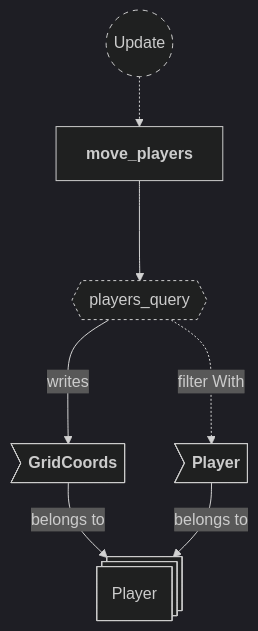
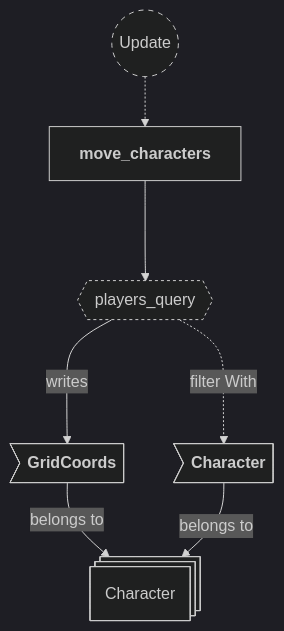
Before and after one commit to neurosoup/tyled: the third of 3 diagrams in backlog/docs/doc-4 - 003-Movements-plugin.md, drawn with Mermaid. The commit also changed other lines of this file and 7 other files, not shown here.

First line of the commit message:
Docs: update all plugin docs for Character marker, BeamCharges rework, and digit animation systems

````diff
--- a/backlog/docs/doc-4 - 003-Movements-plugin.md
+++ b/backlog/docs/doc-4 - 003-Movements-plugin.md
@@ -91,26 +92,26 @@
 ```mermaid
 ---
 config:
   theme: dark
 ---
 
 flowchart TD
 classDef system-group stroke-dasharray: 5 5
 classDef query stroke-dasharray: 3 3
 
 update(("`Update`")):::system-group
-move_players["`**move_players**`"]
+move_characters["`**move_characters**`"]
 
-update -.-> move_players
+update -.-> move_characters
 
 players_query{{"`players_query`"}}:::query
-move_players ---> players_query
+move_characters ---> players_query
 
-player_entity@{ shape: st-rect, label: "Player" }
+character_entity@{ shape: st-rect, label: "Character" }
 
-pe_grid_coords>"`**GridCoords**`"] --> |belongs to| player_entity
-pe_player_marker>"`**Player**`"] --> |belongs to| player_entity
+pe_grid_coords>"`**GridCoords**`"] --> |belongs to| character_entity
+pe_character_marker>"`**Character**`"] --> |belongs to| character_entity
 
 players_query ---> |writes| pe_grid_coords
-players_query -..-> |filter With| pe_player_marker
+players_query -..-> |filter With| pe_character_marker
 ```
````
